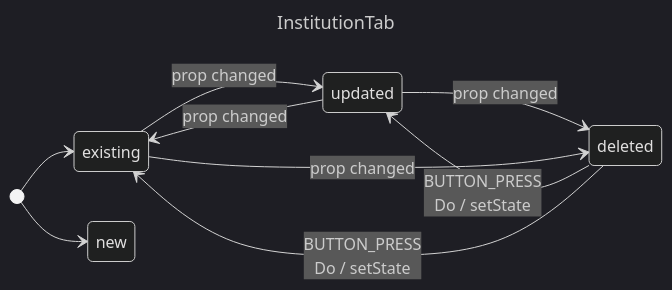
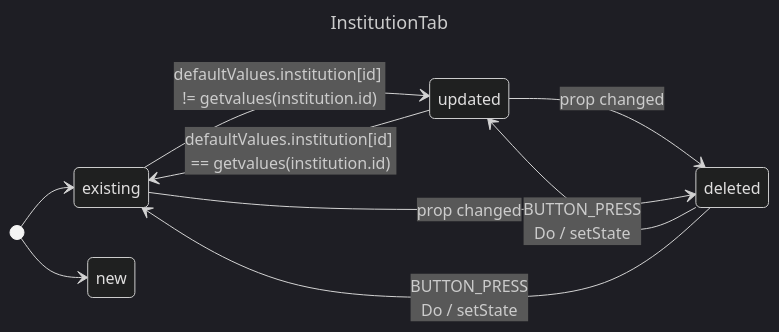
The diagram in components/InstitutionTab/docs.md (skorphil/nextjs-form), drawn with Mermaid (dark theme) before and after one commit. The commit also changed other lines of this file and 7 other files, not shown here.

````diff
--- a/components/InstitutionTab/docs.md
+++ b/components/InstitutionTab/docs.md
@@ -22,16 +20,16 @@
 ```mermaid
 ---
 title: InstitutionTab
 ---
 stateDiagram-v2
     direction LR
 
 [*] --> existing
-existing --> updated : prop changed
-updated --> existing : prop changed
+existing --> updated : defaultValues.institution[id] != getvalues(institution.id)
+updated --> existing : defaultValues.institution[id] == getvalues(institution.id)
 updated --> deleted : prop changed
 existing --> deleted : prop changed
 deleted --> updated : BUTTON_PRESS <br/> Do / setState
 deleted --> existing : BUTTON_PRESS <br/> Do / setState
 [*] --> new
 ```
````
